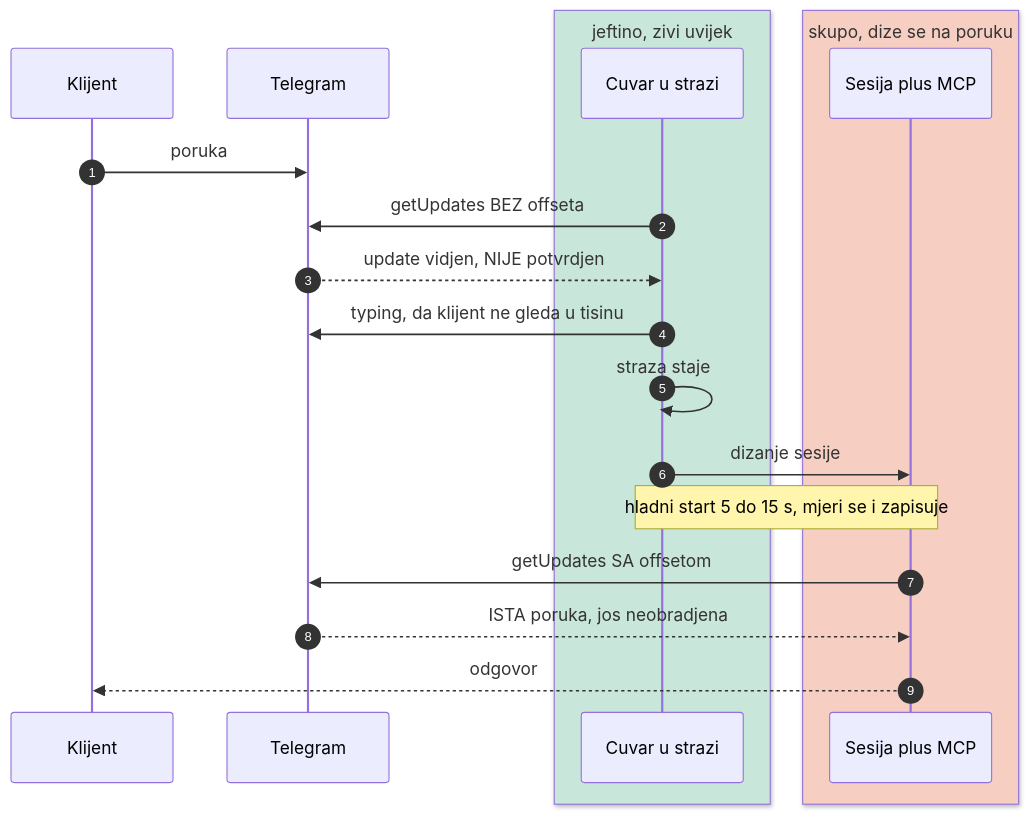
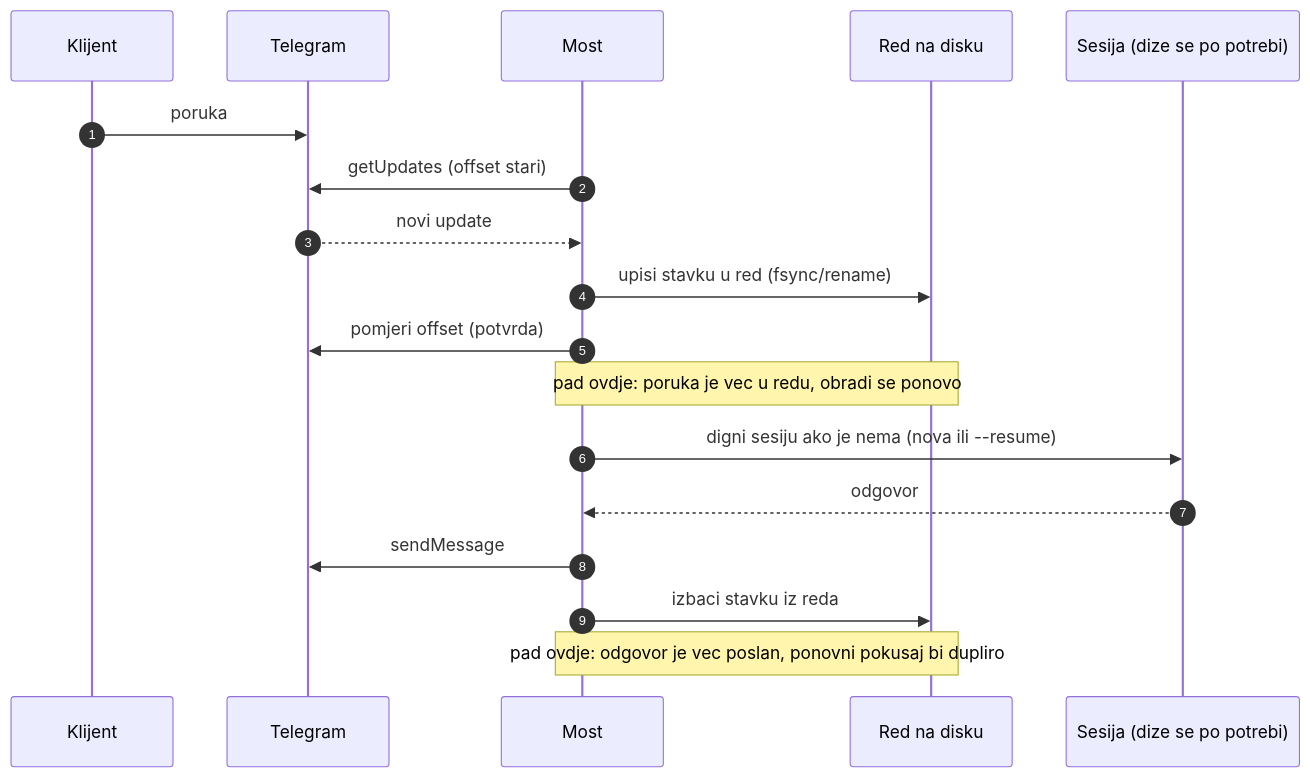
Before and after one commit to mob-dev-org/olx-mcp-api: the sixth of 8 diagrams in olx-dokumentacija/arhitektura.md, drawn with Mermaid. The commit also changed other lines of this file and 34 other files, not shown here.

First line of the commit message:
Penzionisan cuvar-sesije.mjs: most je jedini pogon

````diff
--- a/olx-dokumentacija/arhitektura.md
+++ b/olx-dokumentacija/arhitektura.md
@@ -457,23 +433,21 @@
 ```mermaid
 sequenceDiagram
     autonumber
     participant K as Klijent
     participant T as Telegram
-    box rgb(201,230,218) jeftino, zivi uvijek
-    participant C as Cuvar u strazi
-    end
-    box rgb(246,207,194) skupo, dize se na poruku
-    participant S as Sesija plus MCP
-    end
+    participant M as Most
+    participant D as Red na disku
+    participant S as Sesija (dize se po potrebi)
 
     K->>T: poruka
-    C->>T: getUpdates BEZ offseta
-    T-->>C: update vidjen, NIJE potvrdjen
-    C->>T: typing, da klijent ne gleda u tisinu
-    C->>C: straza staje
-    C->>S: dizanje sesije
-    Note over C,S: hladni start 5 do 15 s, mjeri se i zapisuje
-    S->>T: getUpdates SA offsetom
-    T-->>S: ISTA poruka, jos neobradjena
-    S-->>K: odgovor
+    M->>T: getUpdates (offset stari)
+    T-->>M: novi update
+    M->>D: upisi stavku u red (fsync/rename)
+    M->>T: pomjeri offset (potvrda)
+    Note over M,D: pad ovdje: poruka je vec u redu, obradi se ponovo
+    M->>S: digni sesiju ako je nema (nova ili --resume)
+    S-->>M: odgovor
+    M->>T: sendMessage
+    M->>D: izbaci stavku iz reda
+    Note over M,D: pad ovdje: odgovor je vec poslan, ponovni pokusaj bi dupliro
 ```
````
